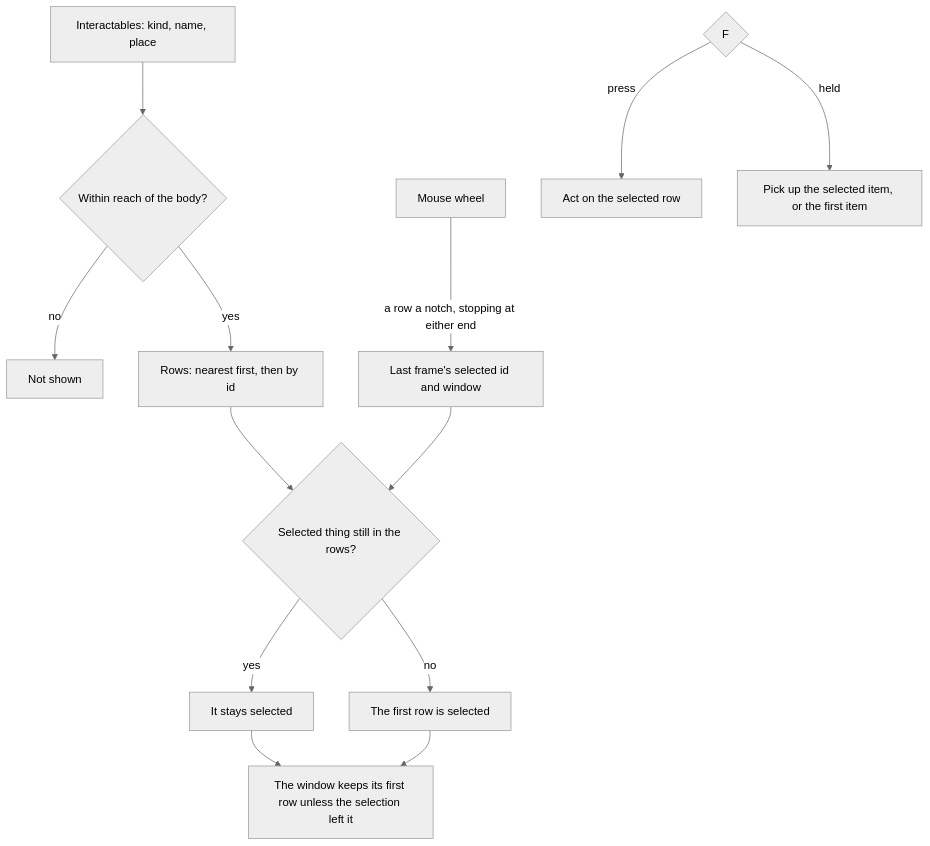
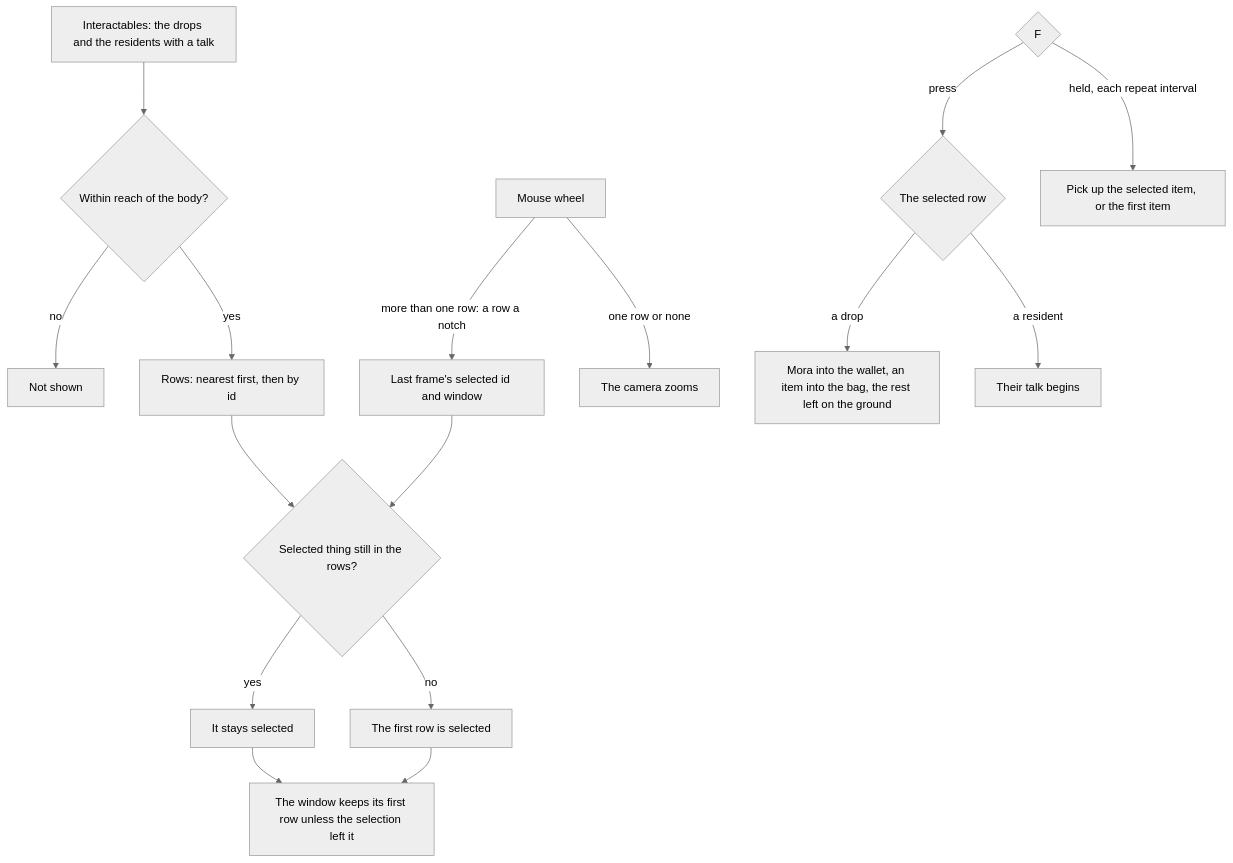
Before and after one commit to Esposter/Esposter: the diagram in apps/web/content/docs/genshin/interaction.md, drawn with Mermaid (neutral theme). The commit also changed other lines of this file and 6 other files, not shown here.

Commit message:
docs(genshin): the drops and the residents in reach are built as prompts: the interaction and inventory pages hold what is built, the proposals keep the three measured numbers and the bag's unbuilt parts, and the enemies page says where the drops lie

````diff
--- a/apps/web/content/docs/genshin/interaction.md
+++ b/apps/web/content/docs/genshin/interaction.md
@@ -12,15 +12,18 @@
 ```mermaid
 flowchart TD
-  T["Interactables: kind, name, place"] --> R{"Within reach of the body?"}
+  T["Interactables: the drops and the residents with a talk"] --> R{"Within reach of the body?"}
   R -->|"no"| X["Not shown"]
   R -->|"yes"| O["Rows: nearest first, then by id"]
   S["Last frame's selected id and window"] --> K{"Selected thing still in the rows?"}
   O --> K
   K -->|"yes"| SEL["It stays selected"]
   K -->|"no"| FIRST["The first row is selected"]
   SEL --> WIN["The window keeps its first row unless the selection left it"]
   FIRST --> WIN
-  W["Mouse wheel"] -->|"a row a notch, stopping at either end"| S
-  F{"F"} -->|"press"| ACT["Act on the selected row"]
-  F -->|"held"| PICK["Pick up the selected item, or the first item"]
+  W["Mouse wheel"] -->|"more than one row: a row a notch"| S
+  W -->|"one row or none"| CAM["The camera zooms"]
+  F{"F"} -->|"press"| ACT{"The selected row"}
+  ACT -->|"a drop"| PICK["Mora into the wallet, an item into the bag, the rest left on the ground"]
+  ACT -->|"a resident"| TALK["Their talk begins"]
+  F -->|"held, each repeat interval"| REP["Pick up the selected item, or the first item"]
 ```
````
